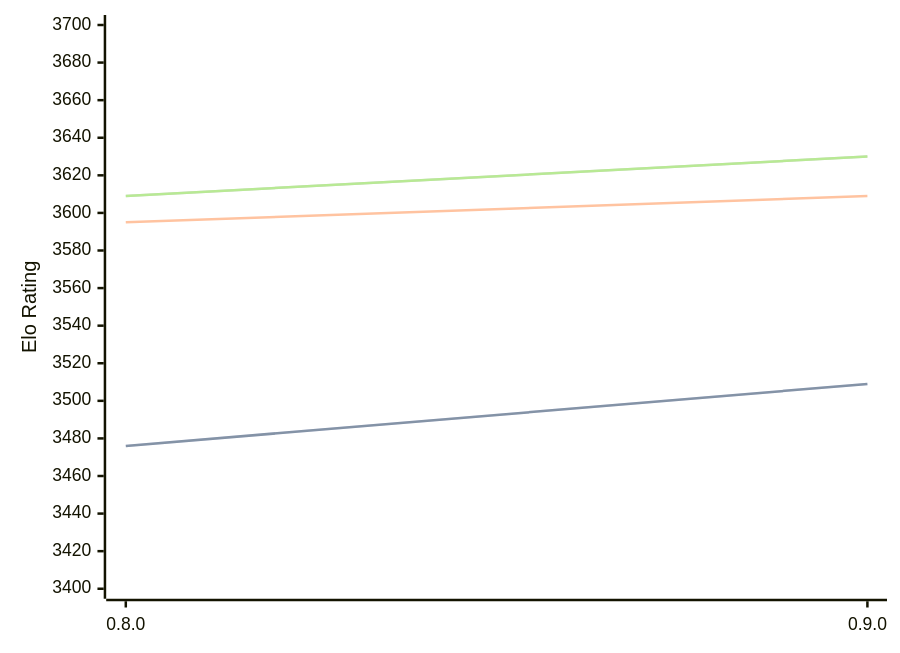
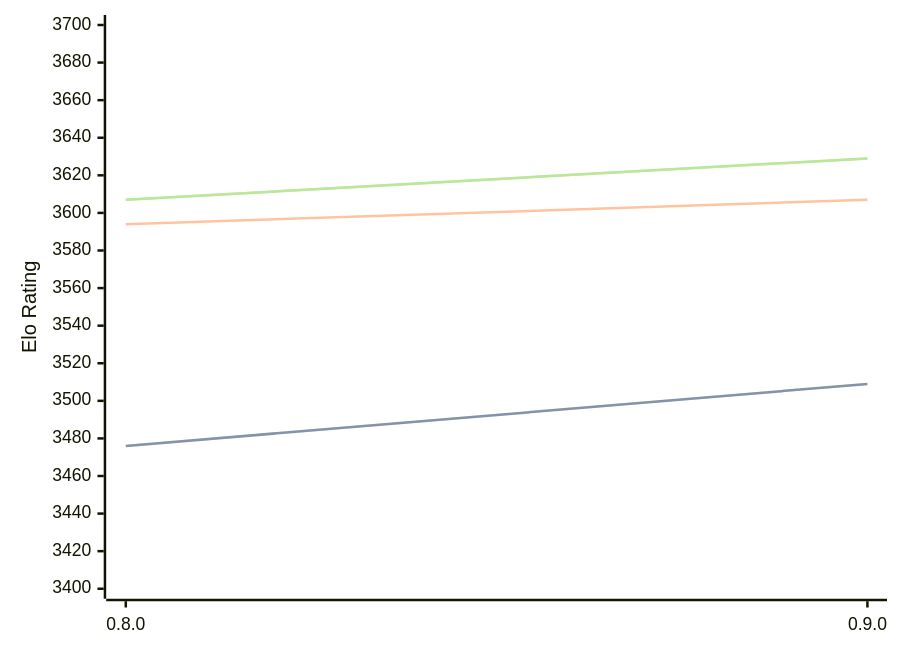
The diagram in engines/Reckless.md (computer-chess-index/cci), drawn with Mermaid before and after one commit. The commit also changed other lines of this file, not shown here.

Commit message:
Update CCI Ratings (ELO VLTC) - 2026-03-11

````diff
--- a/engines/Reckless.md
+++ b/engines/Reckless.md
@@ -37,11 +37,11 @@
 ```mermaid
 %%{init: {"theme":"base","themeVariables":{"seriesColors:['#a3a3a3','#222221','#faa371']}}}%%
 xychart-beta
   x-axis ["0.8.0", "0.9.0"]
   y-axis "Elo Rating" 3400 --> 3700
   line "STC (8.0+0.08s)" [3476, 3509]
   line "STC (8.0+0.08s)" [3476, 3509]
-  line "LTC (60.0+0.60s)" [3595, 3609]
-  line "VLTC (2m24s+1.12s)" [3609, 3630]
-  line "VLTC (2m24s+1.12s)" [3609, 3630]
+  line "LTC (60.0+0.60s)" [3594, 3607]
+  line "VLTC (2m24s+1.12s)" [3607, 3629]
+  line "VLTC (2m24s+1.12s)" [3607, 3629]
 ```
````
